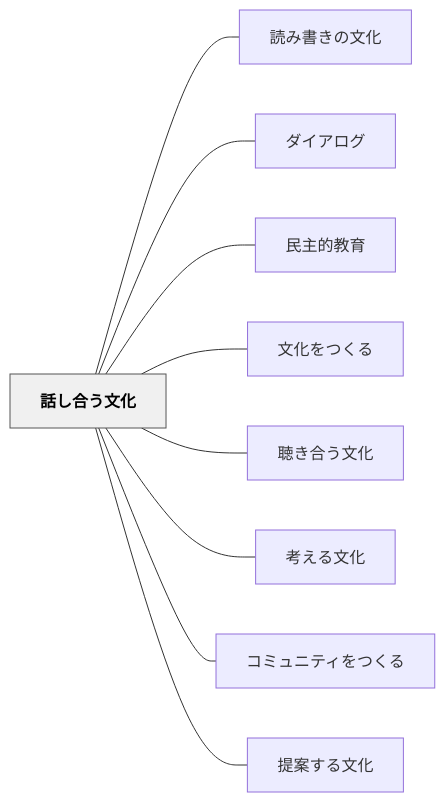
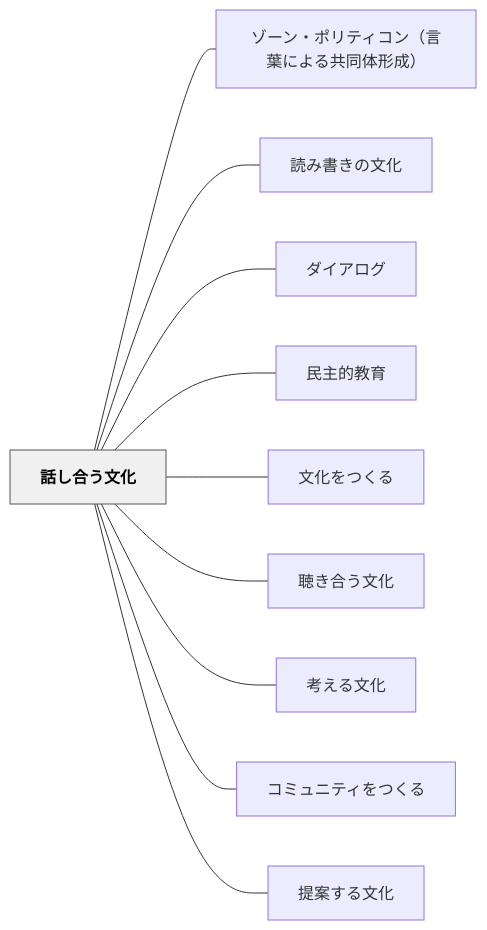
The diagram in content/パタン/話し合う文化.md (unknownthings-ed-patterns/unknownthings-ed-patterns), drawn with Mermaid before and after one commit. The commit also changed other lines of this file and 19 other files, not shown here.

````diff
--- a/content/パタン/話し合う文化.md
+++ b/content/パタン/話し合う文化.md
@@ -115,24 +116,26 @@
 ```mermaid
 flowchart LR
     ne8a9b1e38197e59088e38186e69687e58c96["話し合う文化"]
+    ne382bee383bce383b3e383bbe3839de383aae38386e382a3e382b3e383b3efbc88e8a880e89189e381abe38288e3828be585b1e5908ce4bd93e5bda2e68890efbc89["ゾーン・ポリティコン（言葉による共同体形成）"]
     ne8aaade381bfe69bb8e3818de381aee69687e58c96["読み書きの文化"]
     ne38380e382a4e382a2e383ade382b0["ダイアログ"]
     ne6b091e4b8bbe79a84e69599e882b2["民主的教育"]
     ne69687e58c96e38292e381a4e3818fe3828b["文化をつくる"]
     ne881b4e3818de59088e38186e69687e58c96["聴き合う文化"]
     ne88083e38188e3828be69687e58c96["考える文化"]
     ne382b3e3839fe383a5e3838be38386e382a3e38292e381a4e3818fe3828b["コミュニティをつくる"]
     ne68f90e6a188e38199e3828be69687e58c96["提案する文化"]
 
+    ne8a9b1e38197e59088e38186e69687e58c96 --- ne382bee383bce383b3e383bbe3839de383aae38386e382a3e382b3e383b3efbc88e8a880e89189e381abe38288e3828be585b1e5908ce4bd93e5bda2e68890efbc89
     ne8a9b1e38197e59088e38186e69687e58c96 --- ne8aaade381bfe69bb8e3818de381aee69687e58c96
     ne8a9b1e38197e59088e38186e69687e58c96 --- ne38380e382a4e382a2e383ade382b0
     ne8a9b1e38197e59088e38186e69687e58c96 --- ne6b091e4b8bbe79a84e69599e882b2
     ne8a9b1e38197e59088e38186e69687e58c96 --- ne69687e58c96e38292e381a4e3818fe3828b
     ne8a9b1e38197e59088e38186e69687e58c96 --- ne881b4e3818de59088e38186e69687e58c96
     ne8a9b1e38197e59088e38186e69687e58c96 --- ne88083e38188e3828be69687e58c96
     ne8a9b1e38197e59088e38186e69687e58c96 --- ne382b3e3839fe383a5e3838be38386e382a3e38292e381a4e3818fe3828b
     ne8a9b1e38197e59088e38186e69687e58c96 --- ne68f90e6a188e38199e3828be69687e58c96
 
     classDef hub fill:#f0f0f0,stroke:#555,color:#000,font-weight:bold
     class ne8a9b1e38197e59088e38186e69687e58c96 hub
 ```
````
